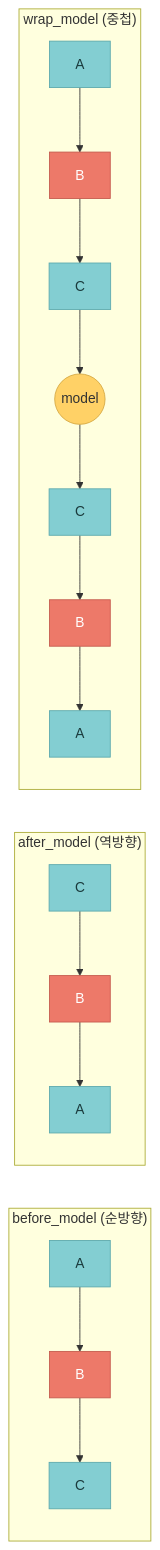
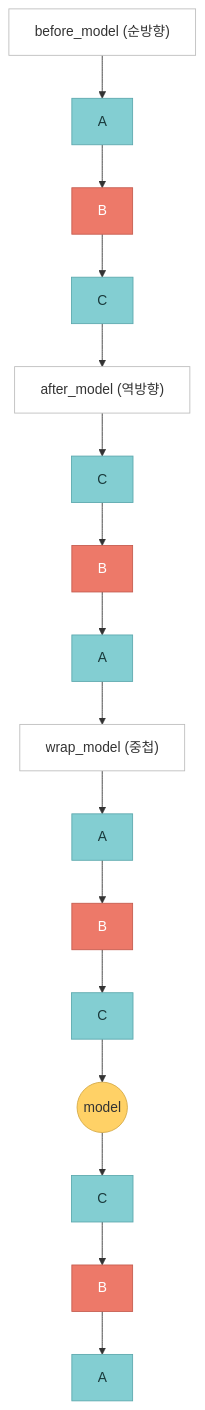
One commit to Jae-hoya/langchain-langgraph-deepagents-notebooks changed the diagram in book/assets/diagrams/middleware_execution_order.mmd. Above: the diagram before and after it, drawn with Mermaid. The commit also changed 12 other files, not shown here.

Commit message:
style(book): 전 페이지 점검 후 다이어그램 가독성 보완

```diff
--- a/book/assets/diagrams/middleware_execution_order.mmd
+++ b/book/assets/diagrams/middleware_execution_order.mmd
@@ -1,31 +1,29 @@
-graph LR
-    subgraph before["before_model (순방향)"]
-        bA["A"] --> bB["B"] --> bC["C"]
-    end
+graph TD
+    T1["before_model (순방향)"]
+    T1 --> bA["A"] --> bB["B"] --> bC["C"]
 
-    subgraph after["after_model (역방향)"]
-        aC["C"] --> aB["B"] --> aA["A"]
-    end
+    T2["after_model (역방향)"]
+    bC --> T2
+    T2 --> aC["C"] --> aB["B"] --> aA["A"]
 
-    subgraph wrap["wrap_model (중첩)"]
-        wA["A"]
-        wB["B"]
-        wC["C"]
-        mc(("model"))
-        wA --> wB --> wC --> mc
-        mc --> wC2["C"] --> wB2["B"] --> wA2["A"]
-    end
+    T3["wrap_model (중첩)"]
+    aA --> T3
+    T3 --> wA["A"] --> wB["B"] --> wC["C"] --> mc(("model"))
+    mc --> wC2["C"] --> wB2["B"] --> wA2["A"]
 
     style bA fill:#83ced2,stroke:#5ba8ad,color:#1a3a3c
     style bB fill:#ed7969,stroke:#c45a4d,color:#fff
     style bC fill:#83ced2,stroke:#5ba8ad,color:#1a3a3c
     style aC fill:#83ced2,stroke:#5ba8ad,color:#1a3a3c
     style aB fill:#ed7969,stroke:#c45a4d,color:#fff
     style aA fill:#83ced2,stroke:#5ba8ad,color:#1a3a3c
     style wA fill:#83ced2,stroke:#5ba8ad,color:#1a3a3c
     style wB fill:#ed7969,stroke:#c45a4d,color:#fff
     style wC fill:#83ced2,stroke:#5ba8ad,color:#1a3a3c
     style mc fill:#ffd166,stroke:#d4a843,color:#333
     style wC2 fill:#83ced2,stroke:#5ba8ad,color:#1a3a3c
     style wB2 fill:#ed7969,stroke:#c45a4d,color:#fff
     style wA2 fill:#83ced2,stroke:#5ba8ad,color:#1a3a3c
+    style T1 fill:#ffffff,stroke:#bcbcbc,color:#333
+    style T2 fill:#ffffff,stroke:#bcbcbc,color:#333
+    style T3 fill:#ffffff,stroke:#bcbcbc,color:#333
```
